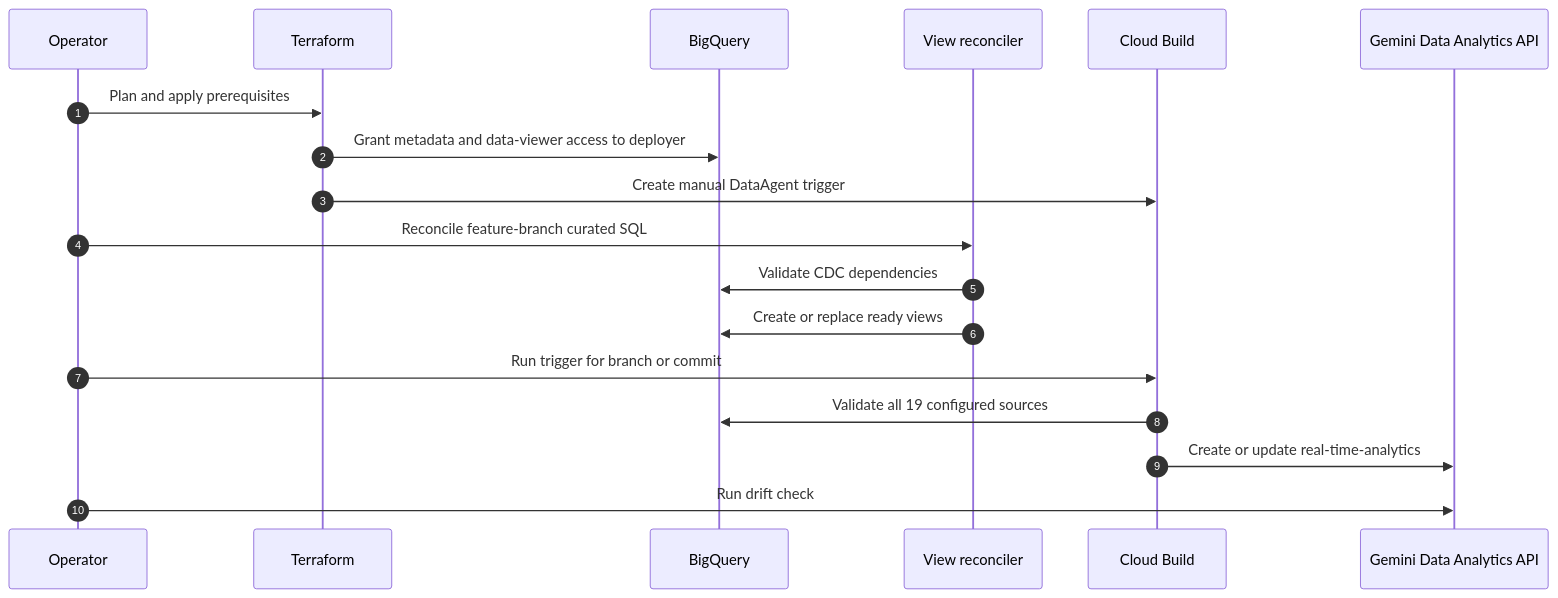
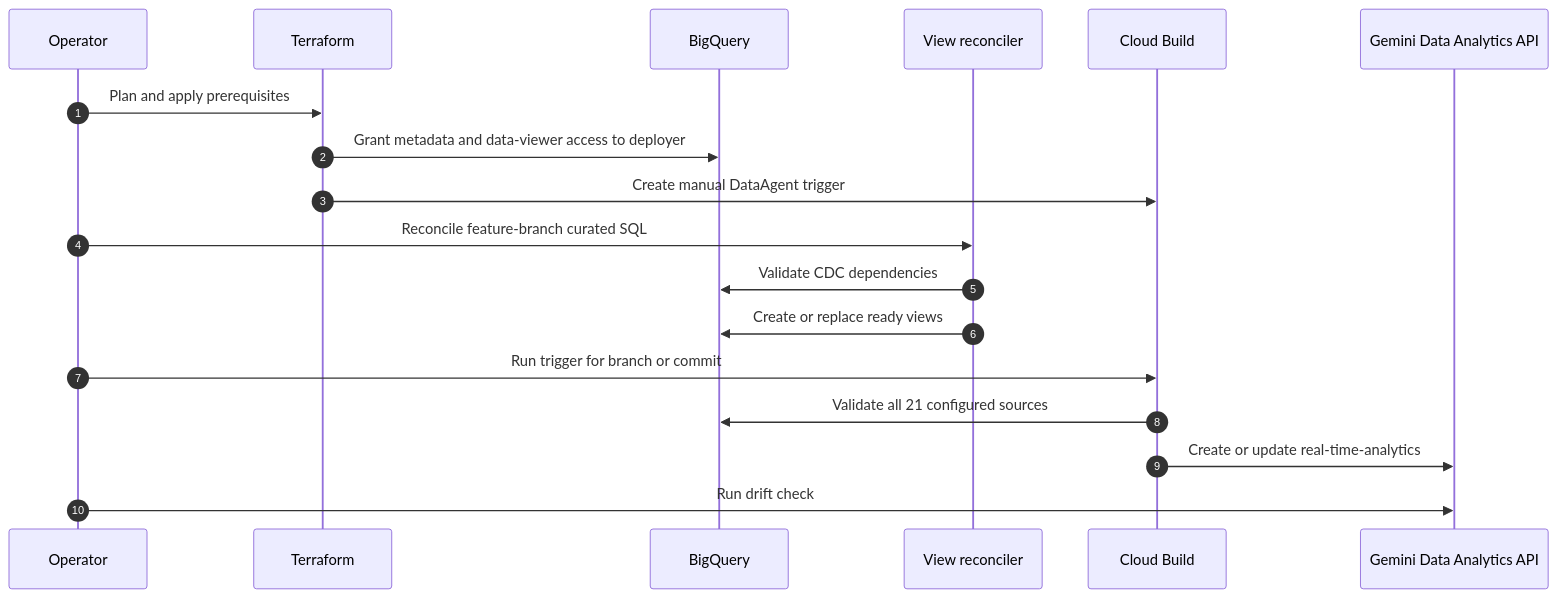
The second of 2 diagrams in docs/architecture/data-platform/real_time_analytics_agent_architecture.md (GoogleCloudPlatform/fsi-gecx-bundle), drawn with Mermaid before and after one commit. The commit also changed other lines of this file and 29 other files, not shown here.

````diff
--- a/docs/architecture/data-platform/real_time_analytics_agent_architecture.md
+++ b/docs/architecture/data-platform/real_time_analytics_agent_architecture.md
@@ -100,21 +102,21 @@
 ```mermaid
 sequenceDiagram
     autonumber
     participant Operator
     participant TF as Terraform
     participant BQ as BigQuery
     participant Reconciler as View reconciler
     participant CB as Cloud Build
     participant API as Gemini Data Analytics API
 
     Operator->>TF: Plan and apply prerequisites
     TF->>BQ: Grant metadata and data-viewer access to deployer
     TF->>CB: Create manual DataAgent trigger
     Operator->>Reconciler: Reconcile feature-branch curated SQL
     Reconciler->>BQ: Validate CDC dependencies
     Reconciler->>BQ: Create or replace ready views
     Operator->>CB: Run trigger for branch or commit
-    CB->>BQ: Validate all 19 configured sources
+    CB->>BQ: Validate all 21 configured sources
     CB->>API: Create or update real-time-analytics
     Operator->>API: Run drift check
 ```
````
